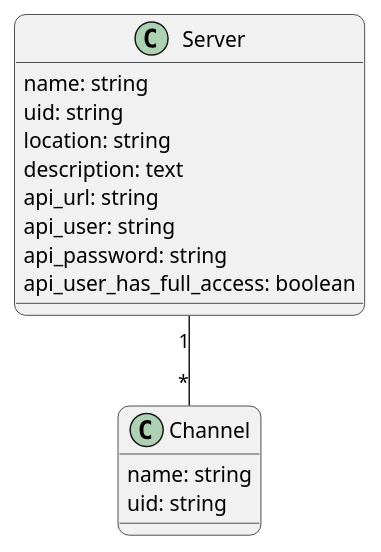
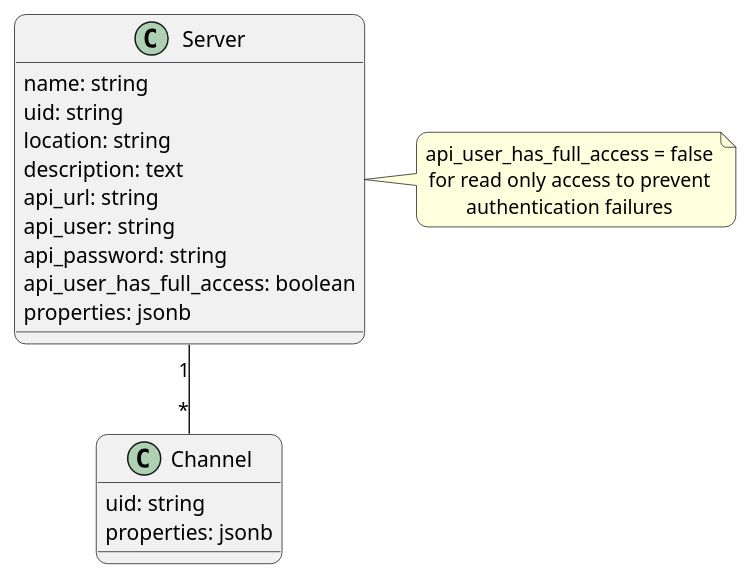
The diagram in doc/dev-notes/models.puml (swobspace/mirco), drawn with PlantUML before and after one commit. The commit also changed 6 other files, not shown here.

```diff
--- a/doc/dev-notes/models.puml
+++ b/doc/dev-notes/models.puml
@@ -1,23 +1,29 @@
 @startuml
 top to bottom direction
 skinparam defaultTextAlignment center
 skinparam roundCorner 15
 
 class Server  {
   name: string
   uid: string
   location: string
   description: text
   api_url: string
   api_user: string
   api_password: string
   api_user_has_full_access: boolean
+  properties: jsonb
 }
+note right of Server
+  api_user_has_full_access = false
+  for read only access to prevent
+  authentication failures
+end note
 
 class Channel {
-  name: string
   uid: string
+  properties: jsonb
 }
 
 Server "1" -- "*" Channel
 @enduml
```
